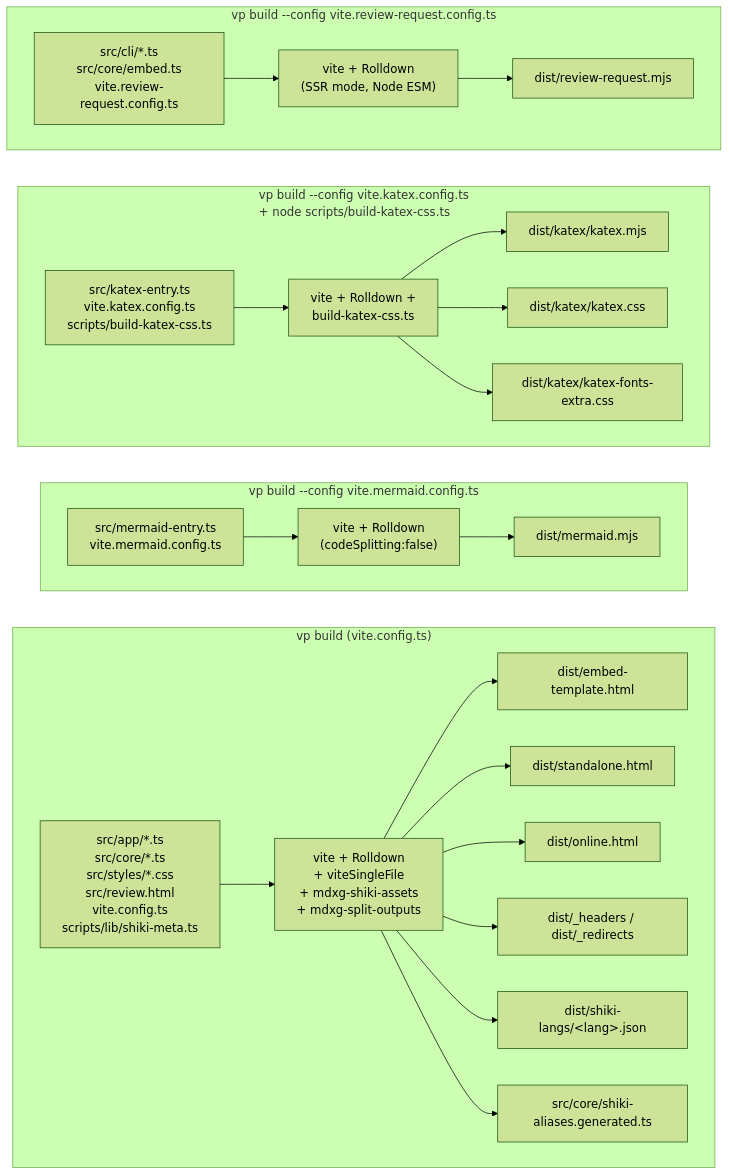
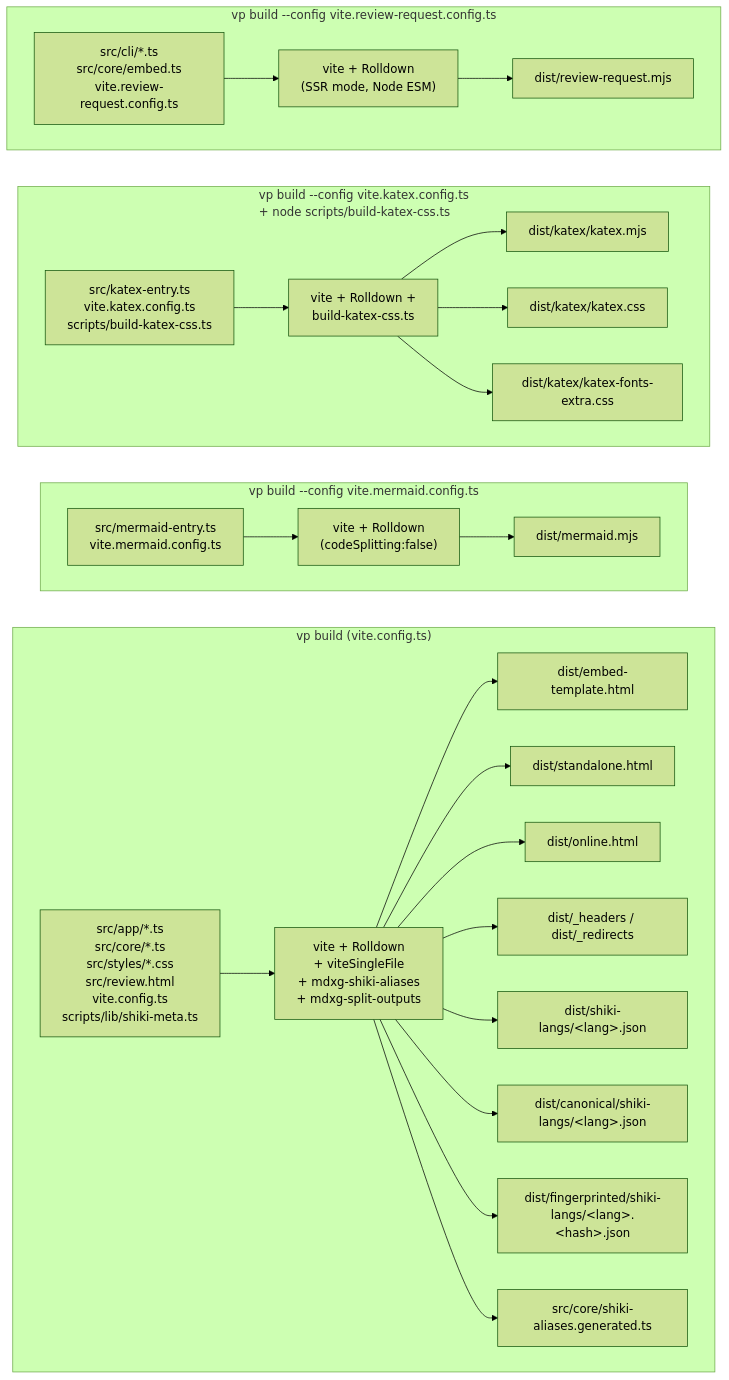
Before and after one commit to oubakiou/mdxg-redline: the second of 2 diagrams in docs/DESIGN.md, drawn with Mermaid (forest theme). The commit also changed other lines of this file and 475 other files, not shown here.

````diff
--- a/docs/DESIGN.md
+++ b/docs/DESIGN.md
@@ -986,36 +986,38 @@
 ```mermaid
 flowchart LR
     subgraph C1["vp build (vite.config.ts)"]
         direction LR
         I1["src/app/*.ts<br/>src/core/*.ts<br/>src/styles/*.css<br/>src/review.html<br/>vite.config.ts<br/>scripts/lib/shiki-meta.ts"]
-        B1["vite + Rolldown<br/>+ viteSingleFile<br/>+ mdxg-shiki-assets<br/>+ mdxg-split-outputs"]
+        B1["vite + Rolldown<br/>+ viteSingleFile<br/>+ mdxg-shiki-aliases<br/>+ mdxg-split-outputs"]
         I1 --> B1
         B1 --> O1a["dist/embed-template.html"]
         B1 --> O1b["dist/standalone.html"]
         B1 --> O1e["dist/online.html"]
         B1 --> O1f["dist/_headers / dist/_redirects"]
         B1 --> O1c["dist/shiki-langs/&lt;lang&gt;.json"]
+        B1 --> O1g["dist/canonical/shiki-langs/&lt;lang&gt;.json"]
+        B1 --> O1h["dist/fingerprinted/shiki-langs/&lt;lang&gt;.&lt;hash&gt;.json"]
         B1 --> O1d["src/core/shiki-aliases.generated.ts"]
     end
     subgraph C2["vp build --config vite.mermaid.config.ts"]
         direction LR
         I2["src/mermaid-entry.ts<br/>vite.mermaid.config.ts"]
         B2["vite + Rolldown<br/>(codeSplitting:false)"]
         I2 --> B2 --> O2["dist/mermaid.mjs"]
     end
     subgraph C3["vp build --config vite.katex.config.ts<br/>+ node scripts/build-katex-css.ts"]
         direction LR
         I3["src/katex-entry.ts<br/>vite.katex.config.ts<br/>scripts/build-katex-css.ts"]
         B3["vite + Rolldown +<br/>build-katex-css.ts"]
         I3 --> B3
         B3 --> O3a["dist/katex/katex.mjs"]
         B3 --> O3b["dist/katex/katex.css"]
         B3 --> O3c["dist/katex/katex-fonts-extra.css"]
     end
     subgraph C4["vp build --config vite.review-request.config.ts"]
         direction LR
         I4["src/cli/*.ts<br/>src/core/embed.ts<br/>vite.review-request.config.ts"]
         B4["vite + Rolldown<br/>(SSR mode, Node ESM)"]
         I4 --> B4 --> O4["dist/review-request.mjs"]
     end
 ```
````
